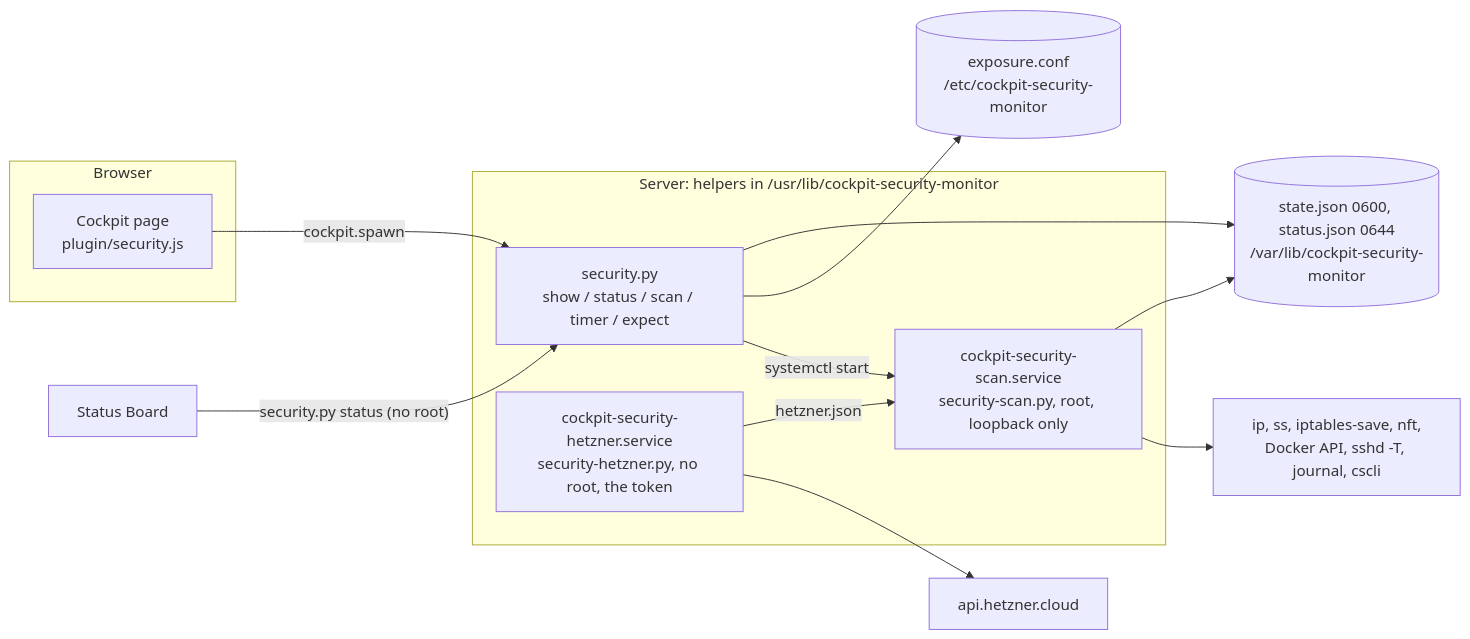
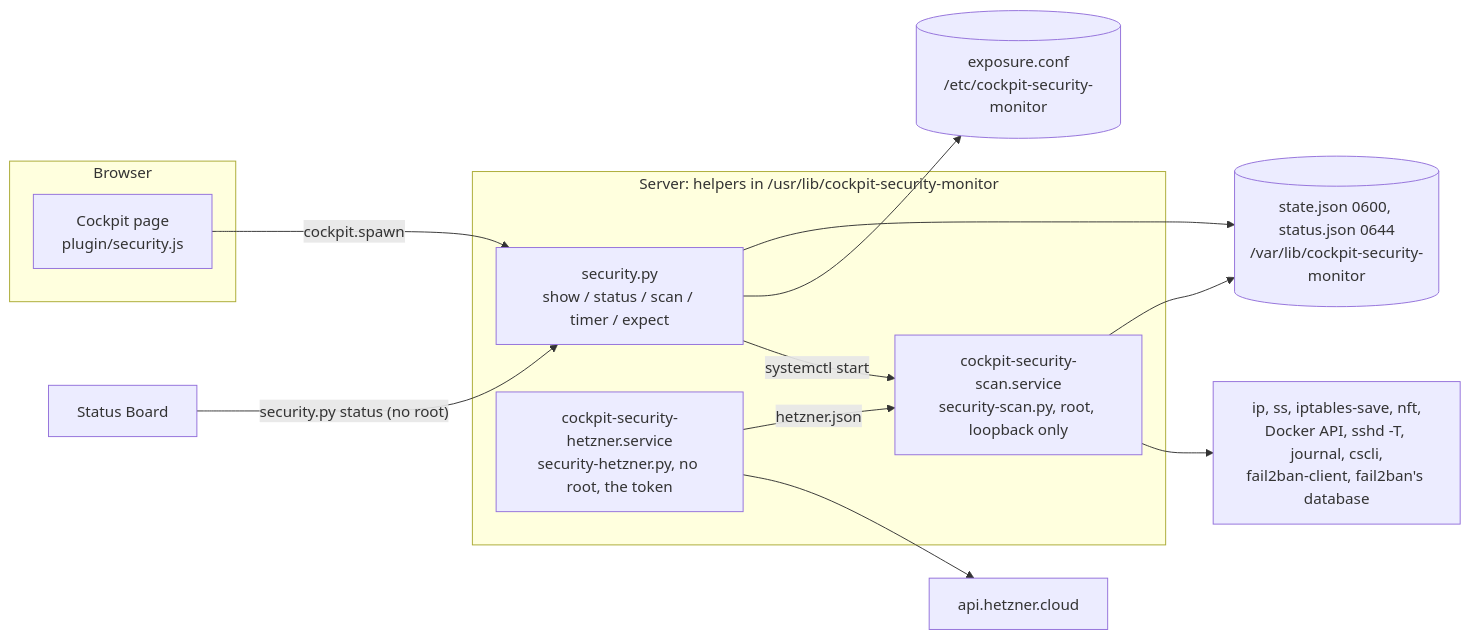
The diagram in README.md (Azentrius/cockpit-security-monitor), drawn with Mermaid before and after one commit. The commit also changed other lines of this file and 13 other files, not shown here.

````diff
--- a/README.md
+++ b/README.md
@@ -105,25 +125,25 @@
 ```mermaid
 flowchart LR
     subgraph B["Browser"]
         P["Cockpit page<br/>plugin/security.js"]
     end
     subgraph H["Server: helpers in /usr/lib/cockpit-security-monitor"]
         V["security.py<br/>show / status / scan / timer / expect"]
         S["cockpit-security-scan.service<br/>security-scan.py, root, loopback only"]
         Z["cockpit-security-hetzner.service<br/>security-hetzner.py, no root, the token"]
     end
     ST[("state.json 0600, status.json 0644<br/>/var/lib/cockpit-security-monitor")]
     M[("exposure.conf<br/>/etc/cockpit-security-monitor")]
-    SYS["ip, ss, iptables-save, nft,<br/>Docker API, sshd -T, journal, cscli"]
+    SYS["ip, ss, iptables-save, nft,<br/>Docker API, sshd -T, journal, cscli,<br/>fail2ban-client, fail2ban's database"]
     API["api.hetzner.cloud"]
     SB["Status Board"]
     P -->|"cockpit.spawn"| V
     V -->|"systemctl start"| S
     V --> M
     S --> SYS
     S --> ST
     Z --> API
     Z -->|"hetzner.json"| S
     SB -->|"security.py status (no root)"| V
     V --> ST
 ```
````
